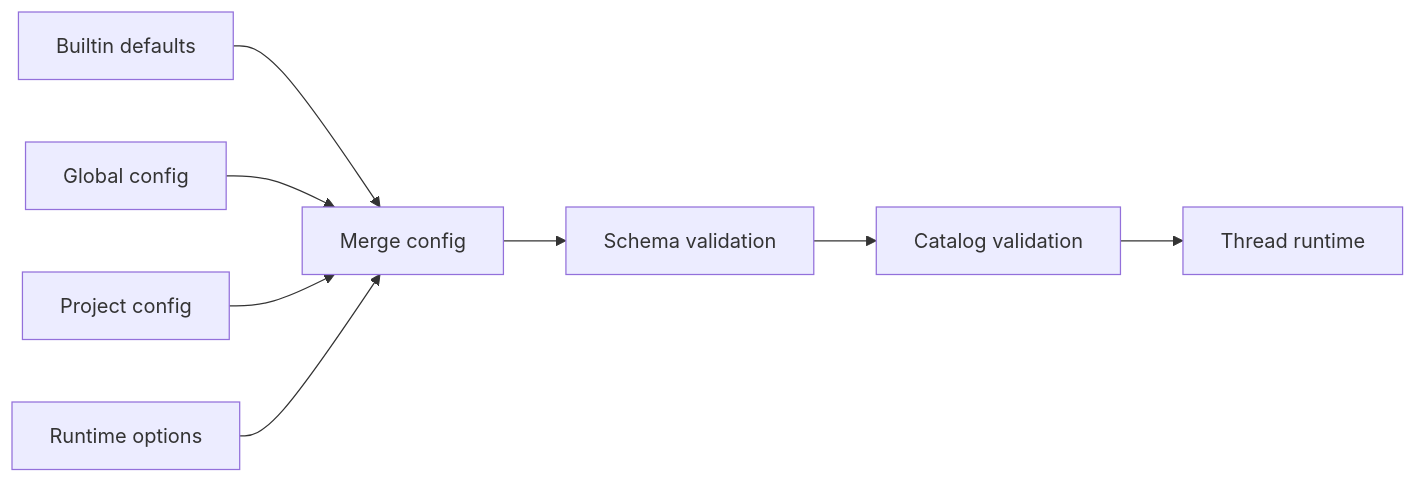
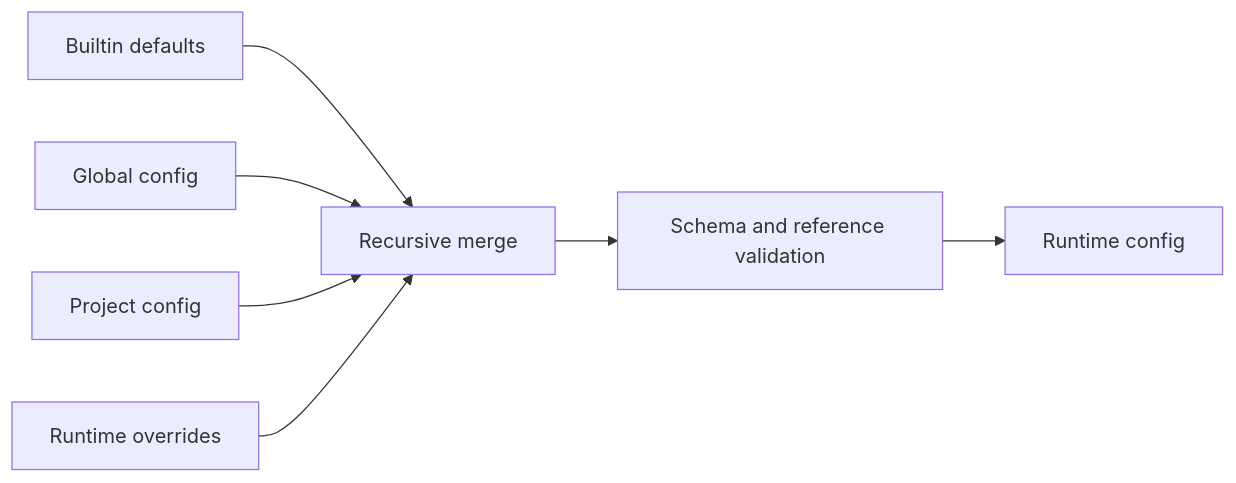
One commit to LunaY77/ello changed the diagram in docs/config/README.md. Above: the diagram before and after it, drawn with Mermaid. The commit also changed other lines of this file and 454 other files, not shown here.

````diff
--- a/docs/config/README.md
+++ b/docs/config/README.md
@@ -90,10 +237,9 @@
 ```mermaid
 flowchart LR
-  Defaults[Builtin defaults] --> Merge[Merge config]
+  Defaults[Builtin defaults] --> Merge[Recursive merge]
   Global[Global config] --> Merge
   Project[Project config] --> Merge
-  Runtime[Runtime options] --> Merge
-  Merge --> Schema[Schema validation]
-  Schema --> Catalog[Catalog validation]
-  Catalog --> Thread[Thread runtime]
+  Runtime[Runtime overrides] --> Merge
+  Merge --> Schema[Schema and reference validation]
+  Schema --> RuntimeConfig[Runtime config]
 ```
````
